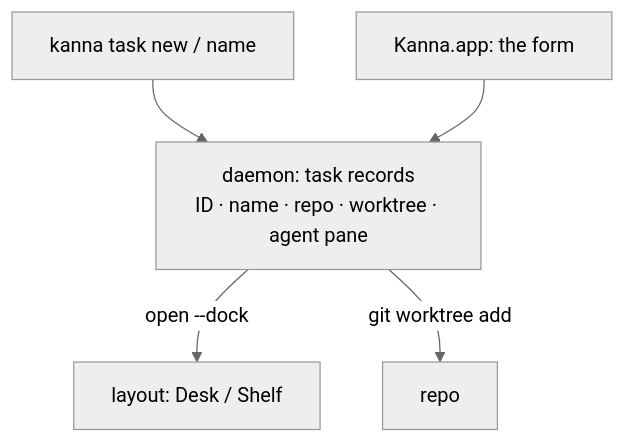
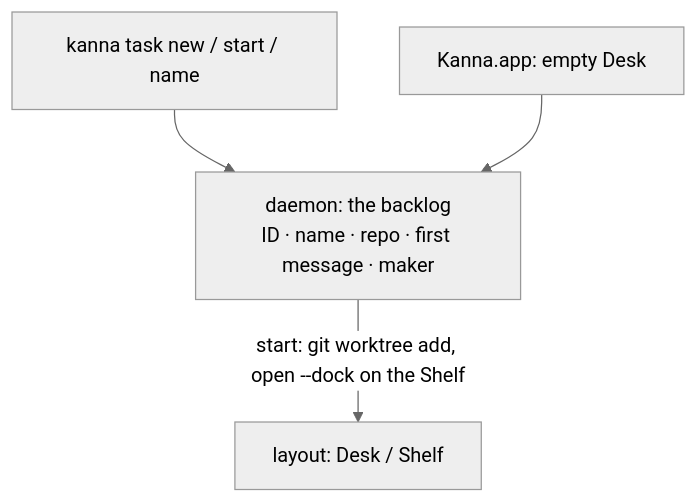
Before and after one commit to jemdiggity/kanna-v4: the second of 2 diagrams in docs/specs/tasks.md, drawn with Mermaid (neutral theme). The commit also changed other lines of this file and 3 other files, not shown here.

Commit message:
Tasks spec: agents make tasks into a repo's backlog; Move to Shelf starts one; Start a task; a repo with no tasks starts on a terminal and Getting started

````diff
--- a/docs/specs/tasks.md
+++ b/docs/specs/tasks.md
@@ -70,7 +79,6 @@
 ```mermaid
 flowchart TB
-    CLI["kanna task new / name"] --> D
-    APP["Kanna.app: the form"] --> D
-    D["daemon: task records<br/>ID · name · repo · worktree · agent pane"] -->|"open --dock"| L["layout: Desk / Shelf"]
-    D -->|"git worktree add"| G["repo"]
+    CLI["kanna task new / start / name"] --> D
+    APP["Kanna.app: empty Desk"] --> D
+    D["daemon: the backlog<br/>ID · name · repo · first message · maker"] -->|"start: git worktree add, open --dock on the Shelf"| L["layout: Desk / Shelf"]
 ```
````
